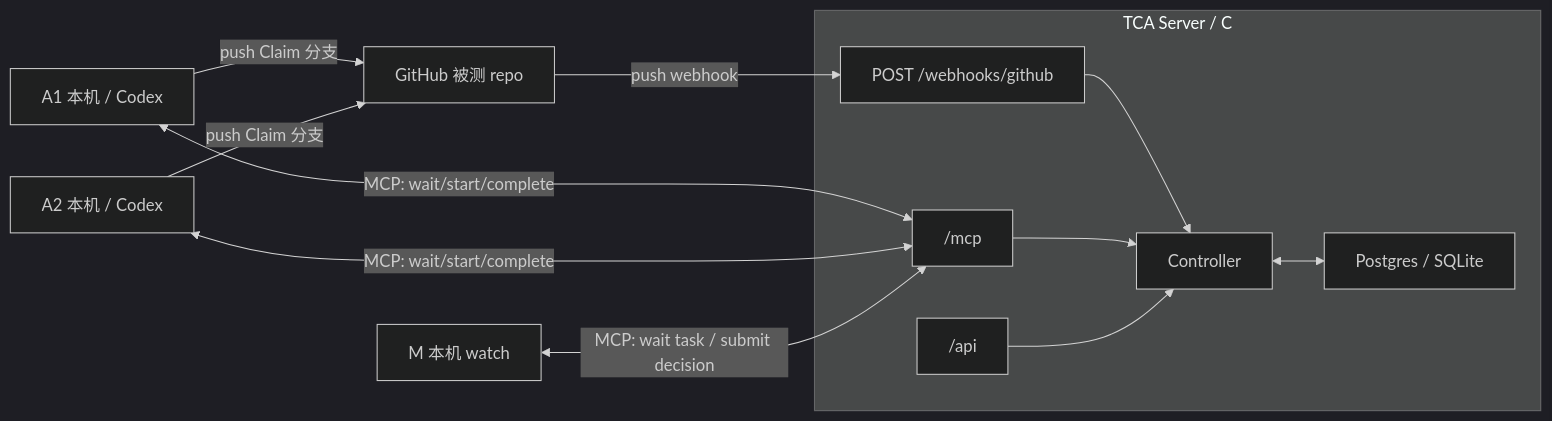
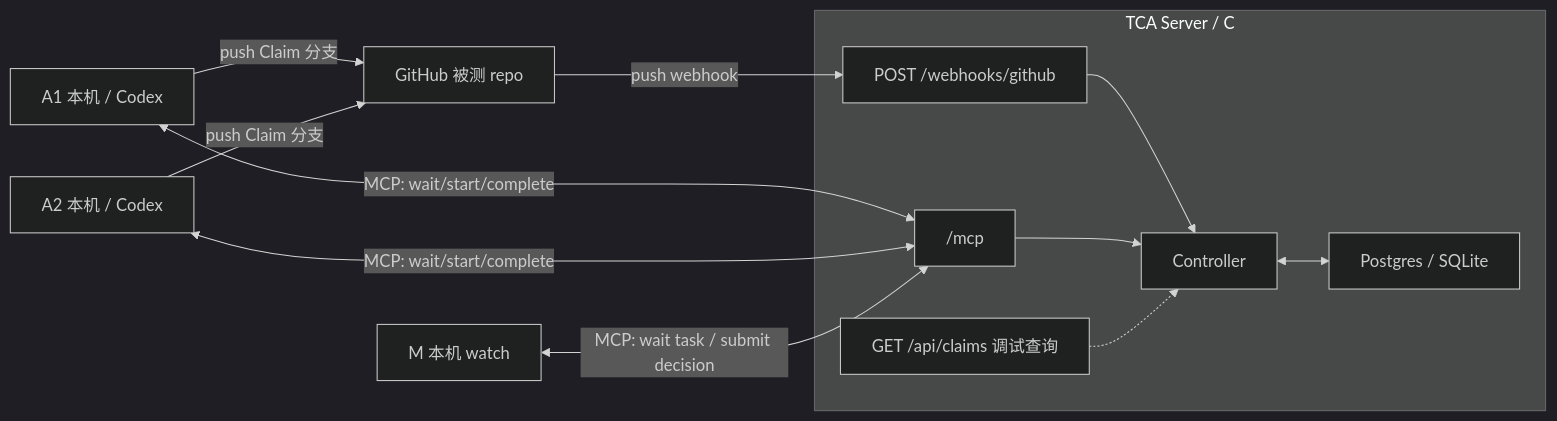
One commit to yigezong/tca changed the first of 2 diagrams in docs/tca-guide.md. Above: the diagram before and after it, drawn with Mermaid (dark theme). The commit also changed other lines of this file, not shown here.

````diff
--- a/docs/tca-guide.md
+++ b/docs/tca-guide.md
@@ -24,17 +24,17 @@
 ```mermaid
 flowchart LR
     A1["A1 本机 / Codex"] -->|"push Claim 分支"| Git["GitHub 被测 repo"]
     A2["A2 本机 / Codex"] -->|"push Claim 分支"| Git
 
     subgraph Server["TCA Server / C"]
       Webhook["POST /webhooks/github"] --> Controller["Controller"]
       MCP["/mcp"] --> Controller
-      API["/api"] --> Controller
+      DebugAPI["GET /api/claims 调试查询"] -.-> Controller
       Controller <--> DB["Postgres / SQLite"]
     end
 
     Git -->|"push webhook"| Webhook
     A1 <-->|"MCP: wait/start/complete"| MCP
     A2 <-->|"MCP: wait/start/complete"| MCP
     M["M 本机 watch"] <-->|"MCP: wait task / submit decision"| MCP
 ```
````
